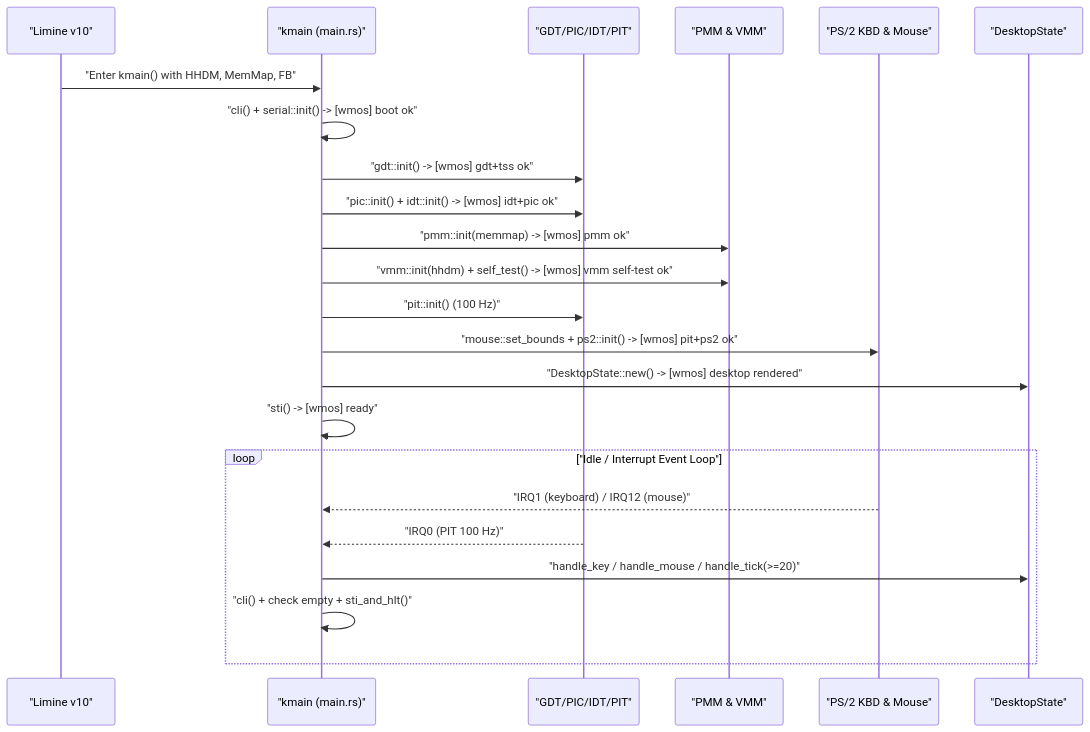
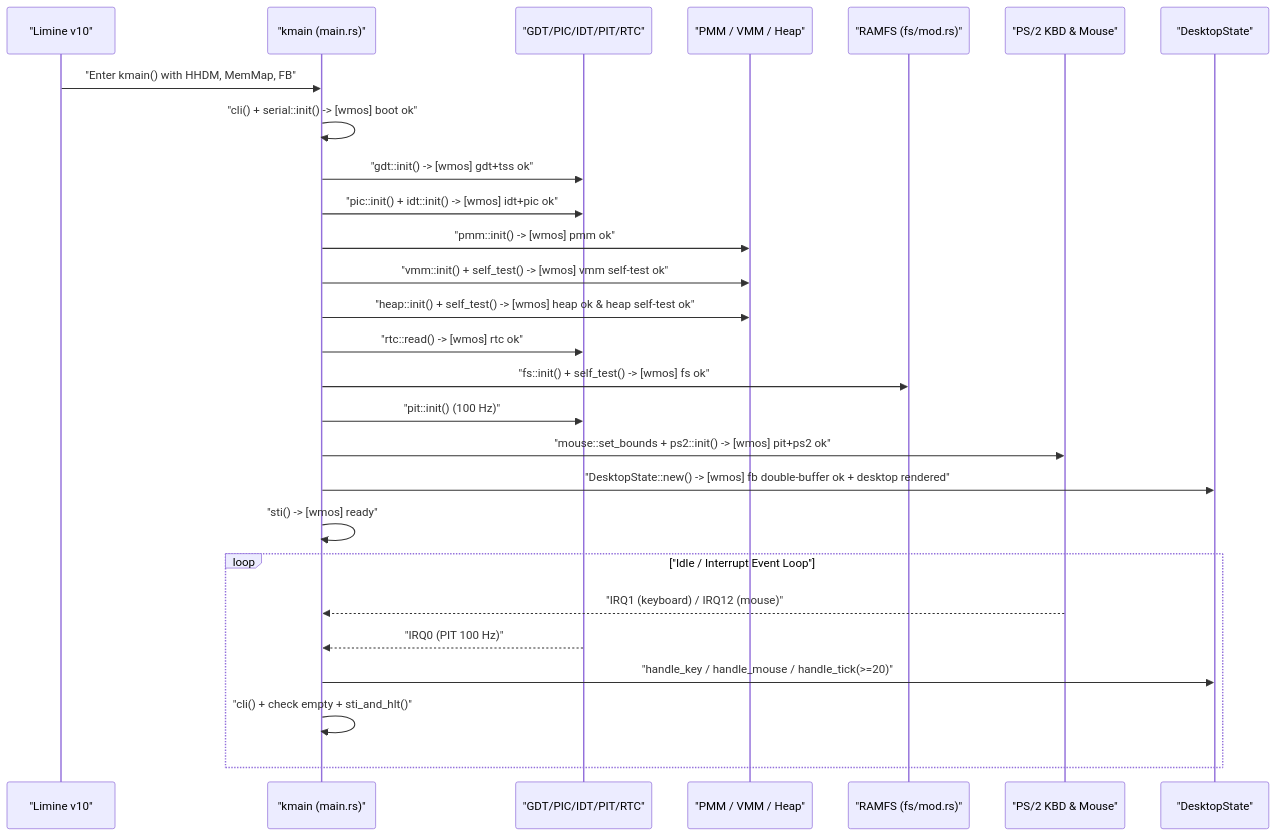
Before and after one commit to wmsir/wmos: the second of 2 diagrams in docs/DESIGN.md, drawn with Mermaid. The commit also changed other lines of this file and 15 other files, not shown here.

Commit message:
feat(v2.0.0): add kernel heap, CMOS RTC, RAMFS, double-buffered desktop, Paint/Notepad apps, and synced docs

````diff
--- a/docs/DESIGN.md
+++ b/docs/DESIGN.md
@@ -135,26 +128,30 @@
 ```mermaid
 sequenceDiagram
     participant Limine as "Limine v10"
     participant KMain as "kmain (main.rs)"
-    participant Arch as "GDT/PIC/IDT/PIT"
-    participant Mem as "PMM & VMM"
+    participant Arch as "GDT/PIC/IDT/PIT/RTC"
+    participant Mem as "PMM / VMM / Heap"
+    participant FS as "RAMFS (fs/mod.rs)"
     participant PS2 as "PS/2 KBD & Mouse"
     participant UI as "DesktopState"
 
     Limine->>KMain: "Enter kmain() with HHDM, MemMap, FB"
     KMain->>KMain: "cli() + serial::init() -> [wmos] boot ok"
     KMain->>Arch: "gdt::init() -> [wmos] gdt+tss ok"
     KMain->>Arch: "pic::init() + idt::init() -> [wmos] idt+pic ok"
-    KMain->>Mem: "pmm::init(memmap) -> [wmos] pmm ok"
-    KMain->>Mem: "vmm::init(hhdm) + self_test() -> [wmos] vmm self-test ok"
+    KMain->>Mem: "pmm::init() -> [wmos] pmm ok"
+    KMain->>Mem: "vmm::init() + self_test() -> [wmos] vmm self-test ok"
+    KMain->>Mem: "heap::init() + self_test() -> [wmos] heap ok & heap self-test ok"
+    KMain->>Arch: "rtc::read() -> [wmos] rtc ok"
+    KMain->>FS: "fs::init() + self_test() -> [wmos] fs ok"
     KMain->>Arch: "pit::init() (100 Hz)"
     KMain->>PS2: "mouse::set_bounds + ps2::init() -> [wmos] pit+ps2 ok"
-    KMain->>UI: "DesktopState::new() -> [wmos] desktop rendered"
+    KMain->>UI: "DesktopState::new() -> [wmos] fb double-buffer ok + desktop rendered"
     KMain->>KMain: "sti() -> [wmos] ready"
     loop "Idle / Interrupt Event Loop"
         PS2-->>KMain: "IRQ1 (keyboard) / IRQ12 (mouse)"
         Arch-->>KMain: "IRQ0 (PIT 100 Hz)"
         KMain->>UI: "handle_key / handle_mouse / handle_tick(>=20)"
         KMain->>KMain: "cli() + check empty + sti_and_hlt()"
     end
 ```
````
